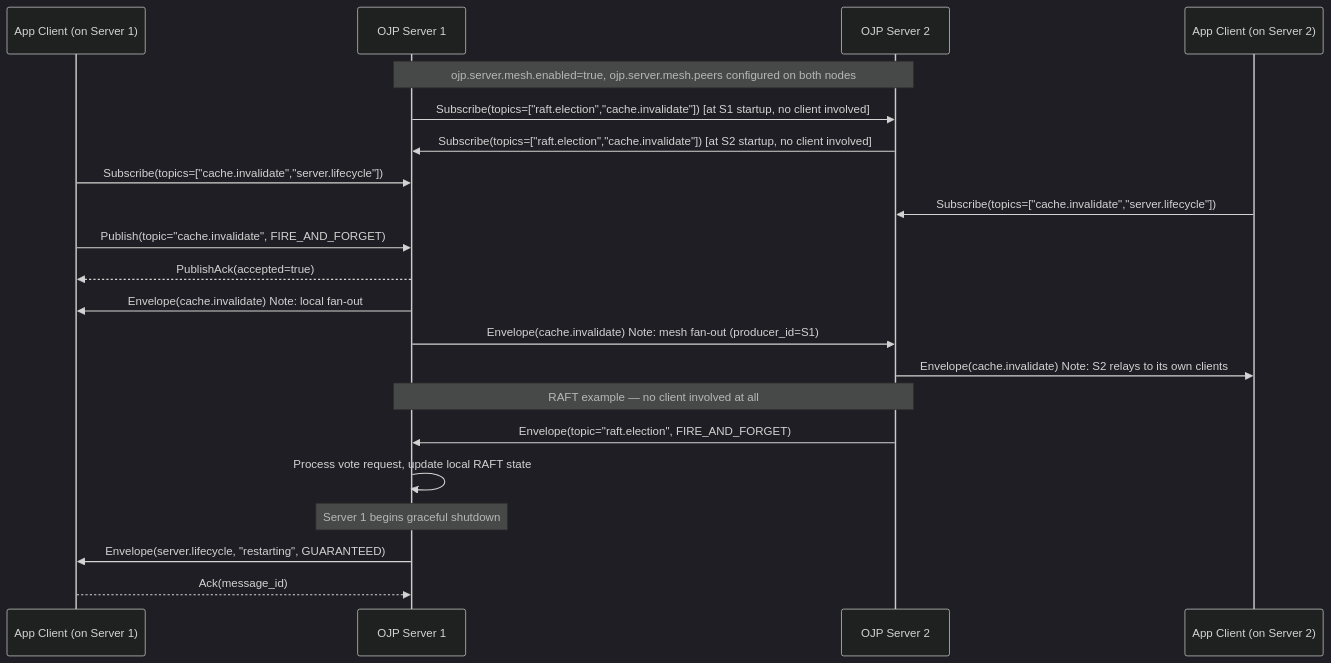
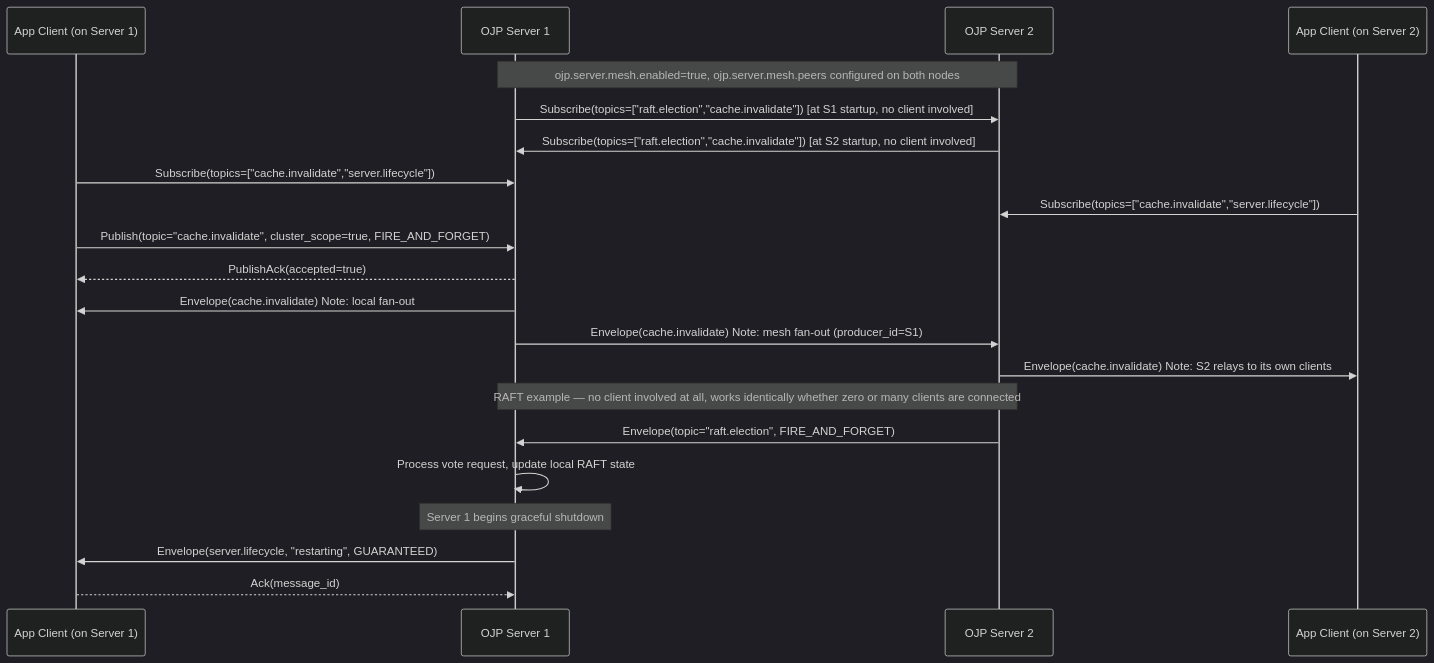
The fourth of 4 diagrams in documents/analysis/OJP_MESSAGING_PROTOCOL_ANALYSIS.md (Open-JDBC-Proxy/ojp), drawn with Mermaid (dark theme) before and after one commit. The commit also changed other lines of this file and 1 other file, not shown here.

Commit message:
Rework Mesh OFF as client-relay mode with pros/cons vs direct mesh

````diff
--- a/documents/analysis/OJP_MESSAGING_PROTOCOL_ANALYSIS.md
+++ b/documents/analysis/OJP_MESSAGING_PROTOCOL_ANALYSIS.md
@@ -533,29 +670,29 @@
 ```mermaid
 sequenceDiagram
     participant ClientA as App Client (on Server 1)
     participant S1 as OJP Server 1
     participant S2 as OJP Server 2
     participant ClientB as App Client (on Server 2)
 
     Note over S1,S2: ojp.server.mesh.enabled=true, ojp.server.mesh.peers configured on both nodes
 
     S1->>S2: Subscribe(topics=["raft.election","cache.invalidate"]) [at S1 startup, no client involved]
     S2->>S1: Subscribe(topics=["raft.election","cache.invalidate"]) [at S2 startup, no client involved]
 
     ClientA->>S1: Subscribe(topics=["cache.invalidate","server.lifecycle"])
     ClientB->>S2: Subscribe(topics=["cache.invalidate","server.lifecycle"])
 
-    ClientA->>S1: Publish(topic="cache.invalidate", FIRE_AND_FORGET)
+    ClientA->>S1: Publish(topic="cache.invalidate", cluster_scope=true, FIRE_AND_FORGET)
     S1-->>ClientA: PublishAck(accepted=true)
     S1->>ClientA: Envelope(cache.invalidate)  Note: local fan-out
     S1->>S2: Envelope(cache.invalidate)        Note: mesh fan-out (producer_id=S1)
     S2->>ClientB: Envelope(cache.invalidate)   Note: S2 relays to its own clients
 
-    Note over S1,S2: RAFT example — no client involved at all
+    Note over S1,S2: RAFT example — no client involved at all, works identically whether zero or many clients are connected
     S2->>S1: Envelope(topic="raft.election", FIRE_AND_FORGET)
     S1->>S1: Process vote request, update local RAFT state
 
     Note over S1: Server 1 begins graceful shutdown
     S1->>ClientA: Envelope(server.lifecycle, "restarting", GUARANTEED)
     ClientA-->>S1: Ack(message_id)
 ```
````
